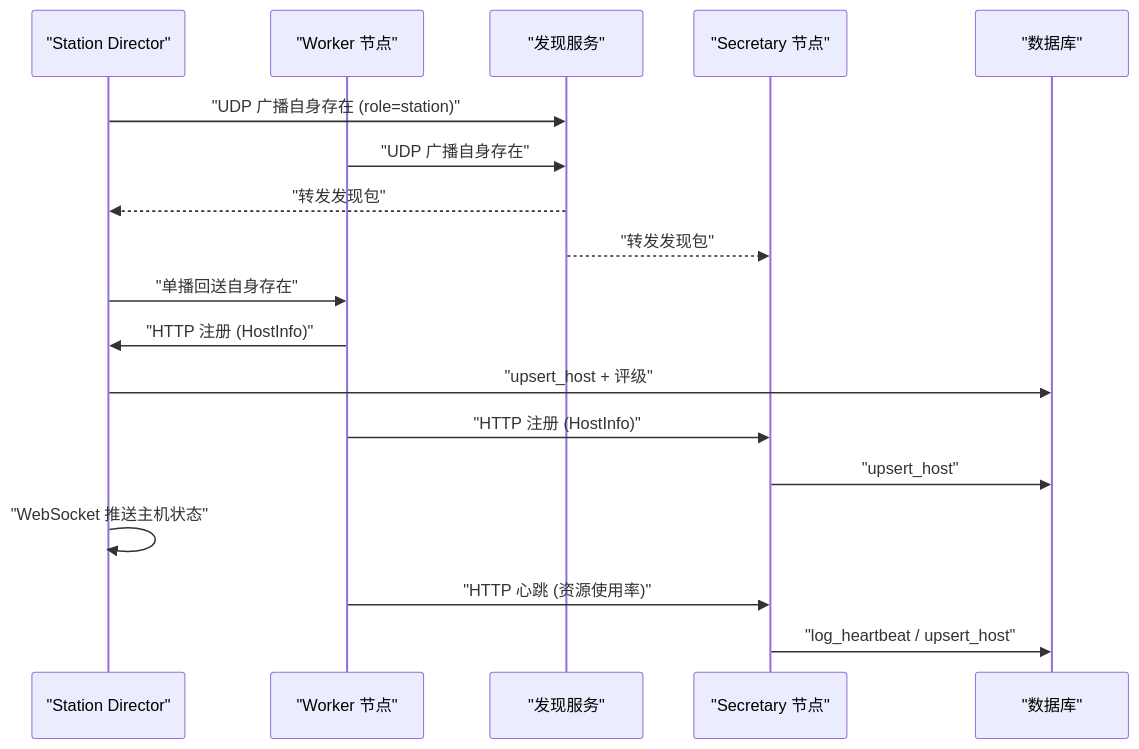
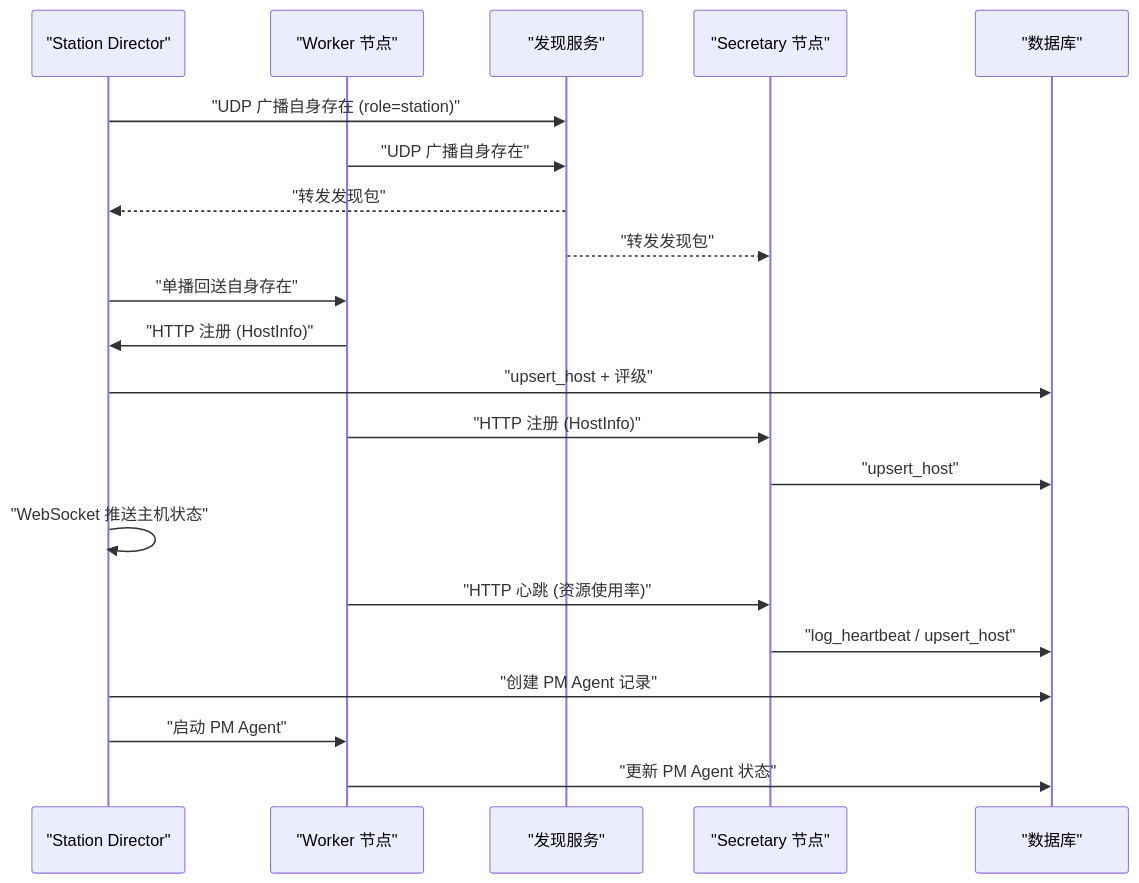
Before and after one commit to targalian/Personal-distributed-workstation: the second of 10 diagrams in .qoder/repowiki/zh/content/部署指南/部署指南.md, drawn with Mermaid. The commit also changed other lines of this file and 60 other files, not shown here.

````diff
--- a/.qoder/repowiki/zh/content/部署指南/部署指南.md
+++ b/.qoder/repowiki/zh/content/部署指南/部署指南.md
@@ -146,20 +156,23 @@
 ```mermaid
 sequenceDiagram
 participant SD as "Station Director"
 participant W as "Worker 节点"
 participant N as "发现服务"
 participant S as "Secretary 节点"
 participant DB as "数据库"
 SD->>N : "UDP 广播自身存在 (role=station)"
 W->>N : "UDP 广播自身存在"
 N-->>SD : "转发发现包"
 N-->>S : "转发发现包"
 SD->>W : "单播回送自身存在"
 W->>SD : "HTTP 注册 (HostInfo)"
 SD->>DB : "upsert_host + 评级"
 W->>S : "HTTP 注册 (HostInfo)"
 S->>DB : "upsert_host"
 SD->>SD : "WebSocket 推送主机状态"
 W->>S : "HTTP 心跳 (资源使用率)"
 S->>DB : "log_heartbeat / upsert_host"
+SD->>DB : "创建 PM Agent 记录"
+SD->>W : "启动 PM Agent"
+W->>DB : "更新 PM Agent 状态"
 ```
````
